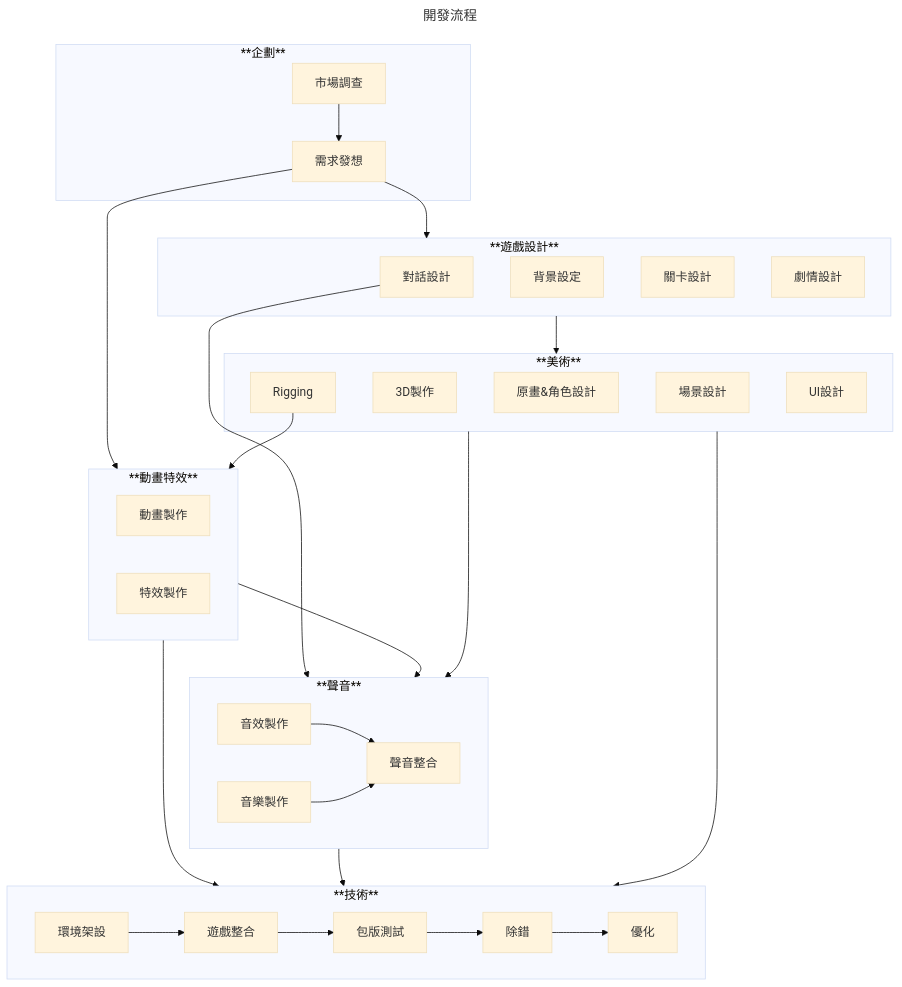
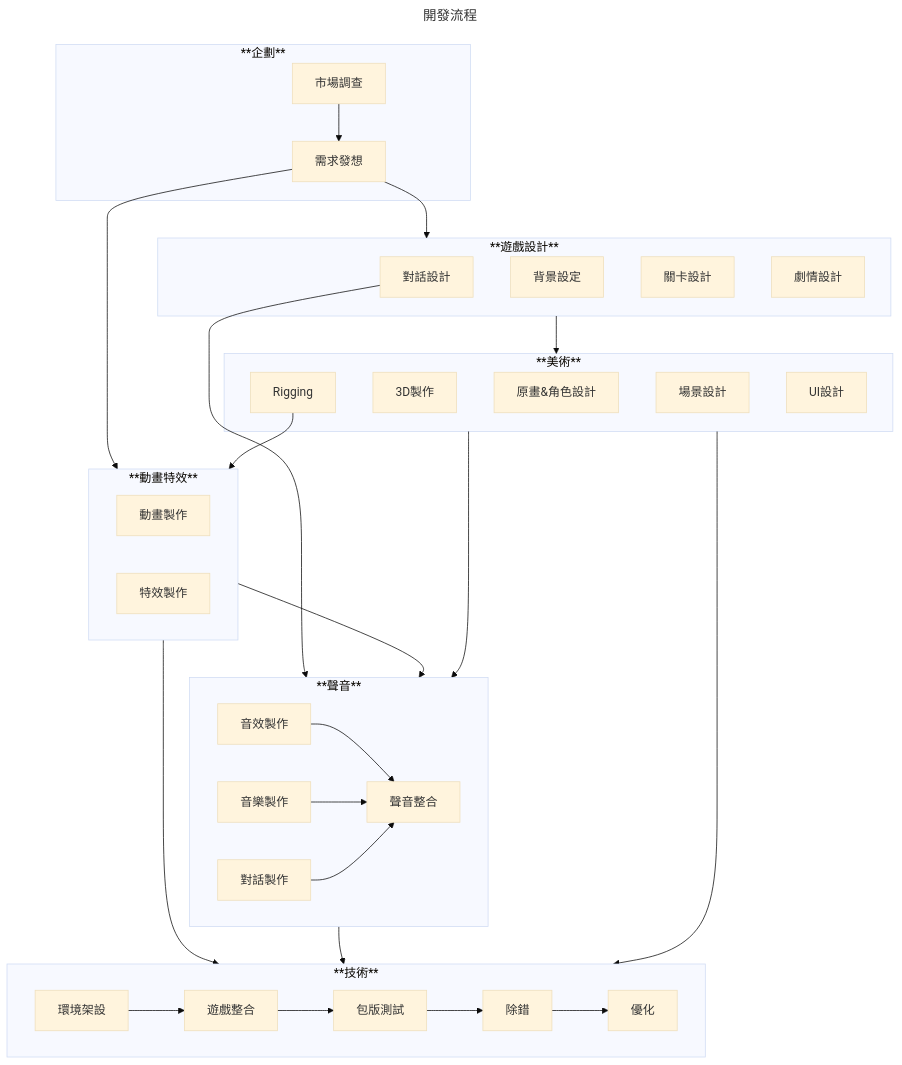
The diagram in docs/notes/Readme.md (mynamo101/Vuepress_Jaeger), drawn with Mermaid (base theme) before and after one commit. The commit also changed other lines of this file and 155 other files, not shown here.

````diff
--- a/docs/notes/Readme.md
+++ b/docs/notes/Readme.md
@@ -33,50 +33,51 @@
 ```mermaid
 ---
 title: 開發流程
 ---
 flowchart TB
 
 
     需求發想 --> **動畫特效**
     需求發想 --> **遊戲設計**
     對話設計 --> **聲音**
     
     subgraph **企劃**
     市場調查 --> 需求發想 
     end
     subgraph **美術**
     原畫&角色設計
     3D製作
     Rigging
     場景設計
     UI設計
     end
     subgraph **遊戲設計**
     背景設定
     關卡設計
     劇情設計
     對話設計
     end
     subgraph **動畫特效**
     動畫製作
     特效製作
     end
     subgraph **聲音**
     音效製作 --> 聲音整合
     音樂製作 --> 聲音整合
+    對話製作 --> 聲音整合
     end
     
     subgraph **技術**
     環境架設 --> 遊戲整合
     遊戲整合 --> 包版測試
     包版測試 --> 除錯 --> 優化
     end
     Rigging --> **動畫特效**
     **遊戲設計** --> **美術**
     **動畫特效** --> **聲音**
     **動畫特效** --> **技術**
     **美術** --> **聲音**
     **聲音** --> **技術**
     **美術** --> **技術**
 
 ```
````
